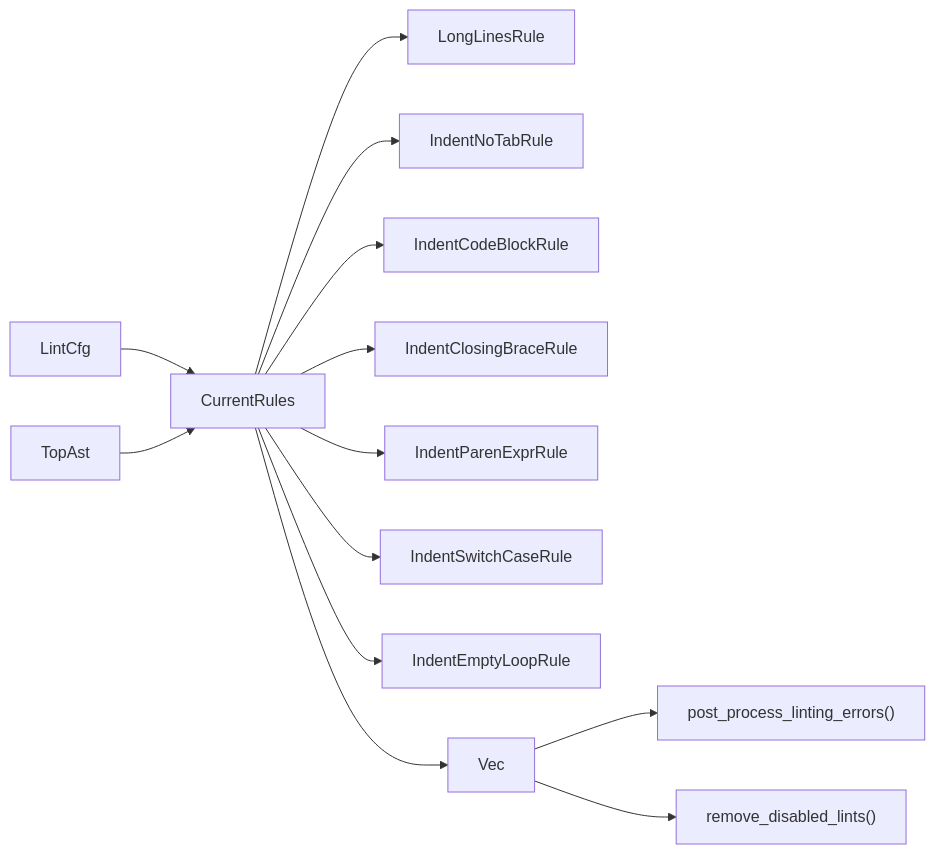
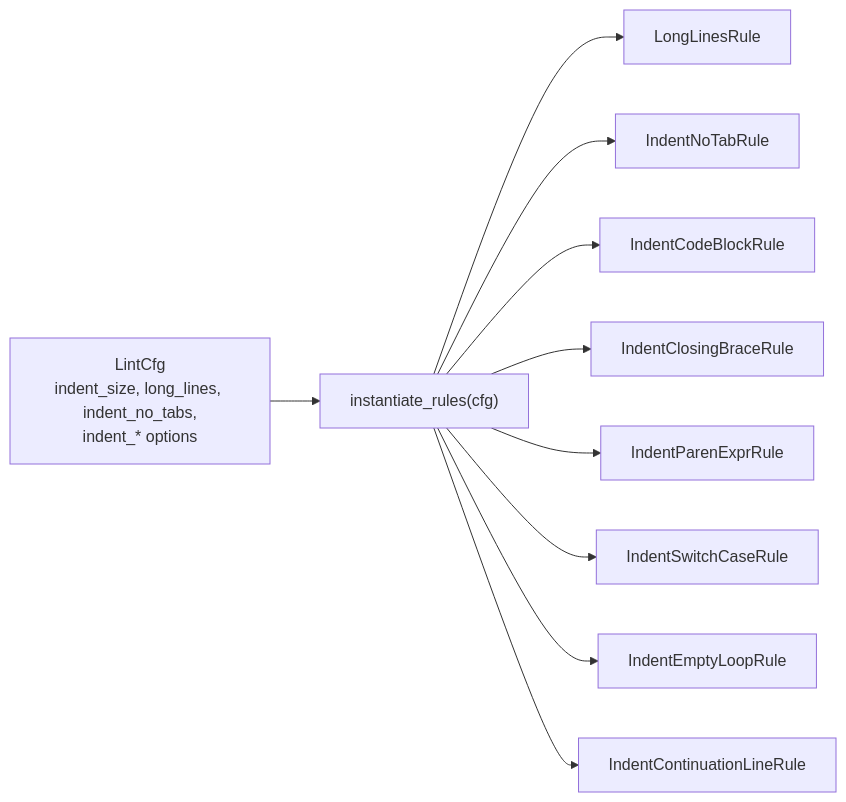
One commit to fenghaitao/dml-language-server changed the third of 3 diagrams in .qoder/repowiki/en/content/Linting System/Indentation Rules.md. Above: the diagram before and after it, drawn with Mermaid. The commit also changed other lines of this file and 119 other files, not shown here.

````diff
--- a/.qoder/repowiki/en/content/Linting System/Indentation Rules.md
+++ b/.qoder/repowiki/en/content/Linting System/Indentation Rules.md
@@ -345,15 +296,22 @@
 ```mermaid
 graph LR
-LintCfg["LintCfg"] --> CurrentRules["CurrentRules"]
-CurrentRules --> LongLines["LongLinesRule"]
-CurrentRules --> NoTabs["IndentNoTabRule"]
-CurrentRules --> CodeBlock["IndentCodeBlockRule"]
-CurrentRules --> CloseBrace["IndentClosingBraceRule"]
-CurrentRules --> ParenExpr["IndentParenExprRule"]
-CurrentRules --> SwitchCase["IndentSwitchCaseRule"]
-CurrentRules --> EmptyLoop["IndentEmptyLoopRule"]
-AST["TopAst"] --> CurrentRules
-CurrentRules --> Errors["Vec<DMLStyleError>"]
-Errors --> Post["post_process_linting_errors()"]
-Errors --> Disabled["remove_disabled_lints()"]
+Cfg["LintCfg<br/>indent_size, long_lines, indent_no_tabs,<br/>indent_* options"]
+Inst["instantiate_rules(cfg)"]
+R1["LongLinesRule"]
+R2["IndentNoTabRule"]
+R3["IndentCodeBlockRule"]
+R4["IndentClosingBraceRule"]
+R5["IndentParenExprRule"]
+R6["IndentSwitchCaseRule"]
+R7["IndentEmptyLoopRule"]
+R8["IndentContinuationLineRule"]
+Cfg --> Inst
+Inst --> R1
+Inst --> R2
+Inst --> R3
+Inst --> R4
+Inst --> R5
+Inst --> R6
+Inst --> R7
+Inst --> R8
 ```
````
